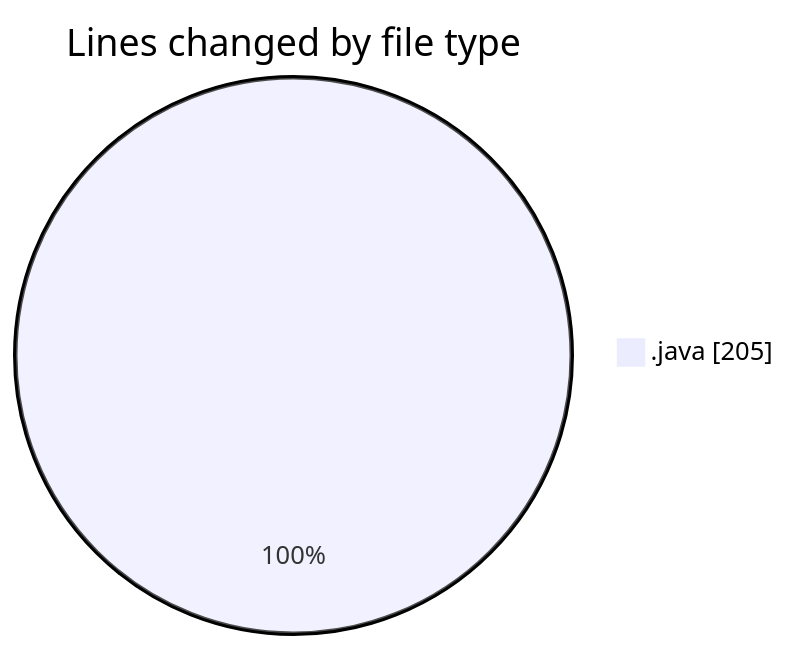
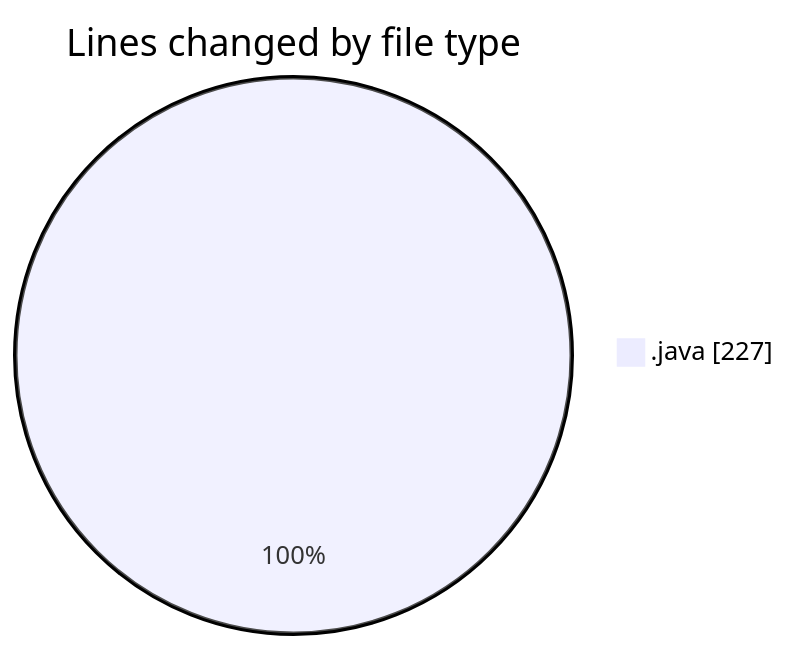
Before and after one commit to NitaiMahat/code-tracking: the first of 2 diagrams in 2025-02-27/project1/README.md, drawn with Mermaid. The commit also changed other lines of this file and 1 other file, not shown here.

````diff
--- a/2025-02-27/project1/README.md
+++ b/2025-02-27/project1/README.md
@@ -20,5 +20,5 @@
 ```mermaid
 pie showData
 title Lines changed by file type
-".java" : 205
+".java" : 227
 ```
````
